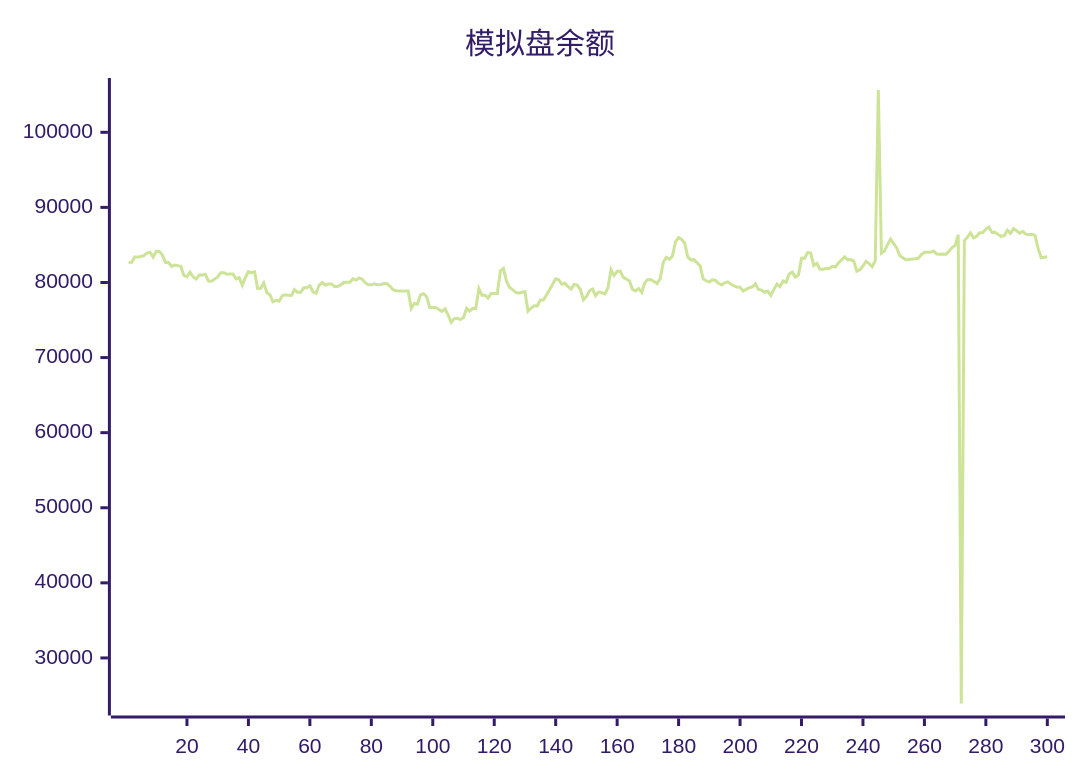
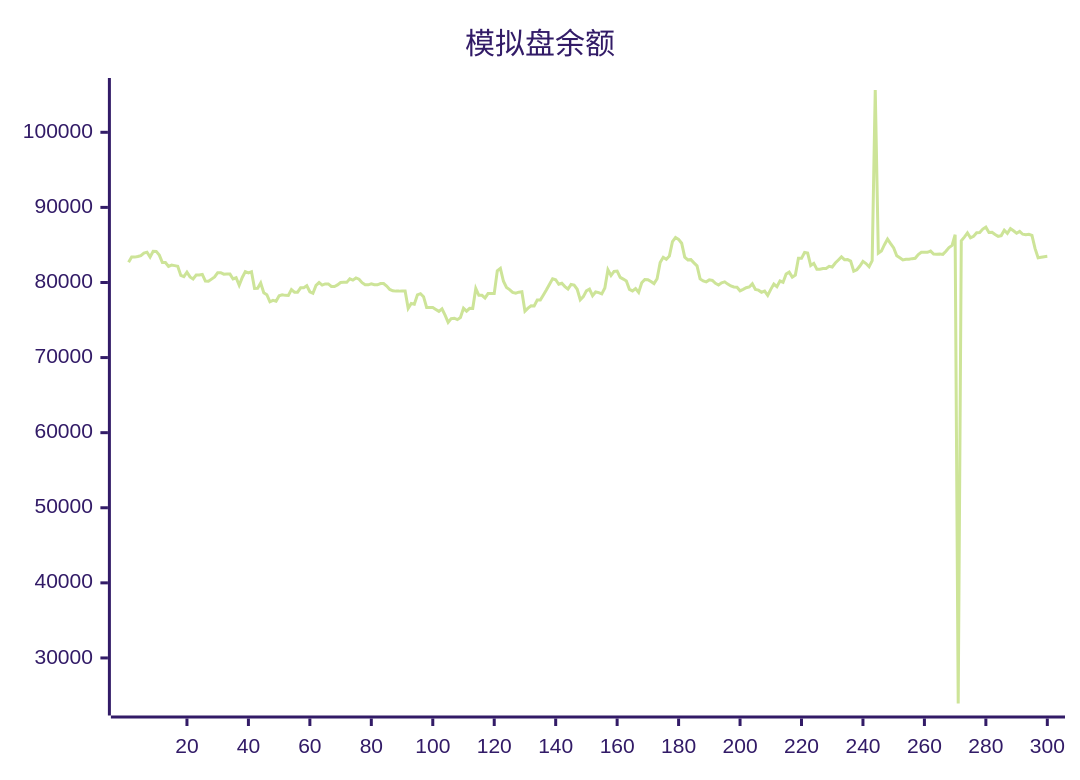
Before and after one commit to aahl/ai-trading: the diagram in README.md, drawn with Mermaid (forest theme). The commit also changed other lines of this file and 1 other file, not shown here.

````diff
--- a/README.md
+++ b/README.md
@@ -5,5 +5,5 @@
 ```mermaid
 xychart
     title "模拟盘余额"
-    line [82670,82681,83386,83378,83464,83579,83920,84037,83402,84160,84142,83652,82655,82655,82145,82315,82243,82163,80934,80770,81371,80742,80468,80989,80989,81067,80191,80155,80450,80737,81309,81309,81106,81119,81119,80471,80631,79624,80670,81448,81290,81429,79212,79222,79940,78643,78380,77432,77623,77504,78235,78358,78284,78277,79048,78714,78714,79290,79308,79567,78763,78563,79603,79988,79652,79813,79813,79476,79469,79673,79995,80015,80015,80486,80314,80600,80436,79966,79689,79689,79819,79692,79692,79850,79850,79518,79071,78889,78850,78850,78878,78878,76554,77202,77103,78357,78510,78106,76678,76677,76672,76411,76159,76485,75656,74695,75197,75246,75052,75334,76564,76179,76553,76551,79196,78300,78300,77944,78531,78531,78521,81564,81884,80160,79335,79055,78675,78580,78708,78764,76179,76586,76902,76876,77658,77669,78346,79023,79769,80497,80366,79761,79896,79448,79126,79749,79658,79097,77695,78114,78888,79126,78249,78738,78653,78478,79271,81680,80923,81488,81527,80681,80455,80190,79084,78879,79193,78686,79954,80403,80374,80118,79848,80491,82665,83351,83098,83525,85430,85983,85737,85221,83378,83014,83043,82613,82216,80477,80208,80081,80348,80277,79894,79670,79965,80093,79786,79542,79406,79371,78893,79087,79304,79406,79841,79072,78978,78696,78846,78272,79085,79787,79442,80198,80031,81120,81379,80718,80985,83214,83212,83993,83921,82270,82547,81776,81776,81866,81866,82158,82061,82596,83000,83408,83041,83050,82858,81503,81691,82188,82812,82517,82092,82901,105633,83898,84180,85030,85781,85178,84604,83569,83298,83008,83093,83107,83175,83228,83729,84025,84017,84019,84177,83775,83762,83785,83738,84160,84639,84939,86370,23934,85548,86046,86599,85942,86161,86622,86664,87115,87369,86666,86685,86384,86152,86243,86969,86548,87164,86885,86566,86809,86427,86348,86417,86273,84538,83299,83369,83430]
+    line [82681,83386,83378,83464,83579,83920,84037,83402,84160,84142,83652,82655,82655,82145,82315,82243,82163,80934,80770,81371,80742,80468,80989,80989,81067,80191,80155,80450,80737,81309,81309,81106,81119,81119,80471,80631,79624,80670,81448,81290,81429,79212,79222,79940,78643,78380,77432,77623,77504,78235,78358,78284,78277,79048,78714,78714,79290,79308,79567,78763,78563,79603,79988,79652,79813,79813,79476,79469,79673,79995,80015,80015,80486,80314,80600,80436,79966,79689,79689,79819,79692,79692,79850,79850,79518,79071,78889,78850,78850,78878,78878,76554,77202,77103,78357,78510,78106,76678,76677,76672,76411,76159,76485,75656,74695,75197,75246,75052,75334,76564,76179,76553,76551,79196,78300,78300,77944,78531,78531,78521,81564,81884,80160,79335,79055,78675,78580,78708,78764,76179,76586,76902,76876,77658,77669,78346,79023,79769,80497,80366,79761,79896,79448,79126,79749,79658,79097,77695,78114,78888,79126,78249,78738,78653,78478,79271,81680,80923,81488,81527,80681,80455,80190,79084,78879,79193,78686,79954,80403,80374,80118,79848,80491,82665,83351,83098,83525,85430,85983,85737,85221,83378,83014,83043,82613,82216,80477,80208,80081,80348,80277,79894,79670,79965,80093,79786,79542,79406,79371,78893,79087,79304,79406,79841,79072,78978,78696,78846,78272,79085,79787,79442,80198,80031,81120,81379,80718,80985,83214,83212,83993,83921,82270,82547,81776,81776,81866,81866,82158,82061,82596,83000,83408,83041,83050,82858,81503,81691,82188,82812,82517,82092,82901,105633,83898,84180,85030,85781,85178,84604,83569,83298,83008,83093,83107,83175,83228,83729,84025,84017,84019,84177,83775,83762,83785,83738,84160,84639,84939,86370,23934,85548,86046,86599,85942,86161,86622,86664,87115,87369,86666,86685,86384,86152,86243,86969,86548,87164,86885,86566,86809,86427,86348,86417,86273,84538,83299,83369,83430,83490]
 ```
````
